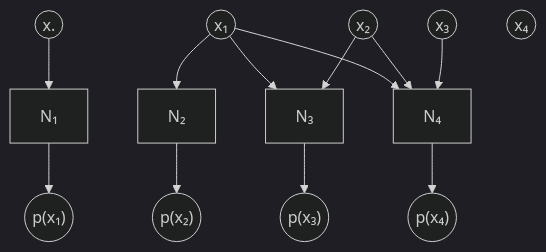
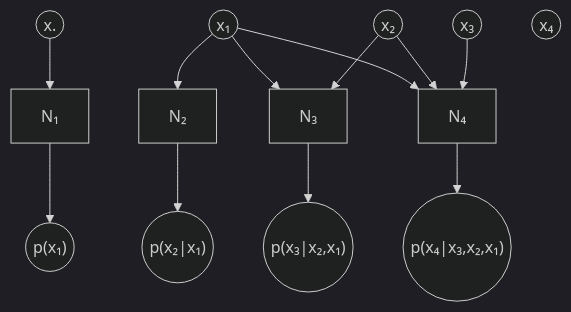
One commit to anilnairxyz/scrapbook changed the first of 2 diagrams in docs/Topic 1/2. Autoregressive models.md. Above: the diagram before and after it, drawn with Mermaid (dark theme). The commit also changed other lines of this file, not shown here.

````diff
--- a/docs/Topic 1/2. Autoregressive models.md
+++ b/docs/Topic 1/2. Autoregressive models.md
@@ -44,20 +44,20 @@
 ```mermaid
 graph TD
     %% Input Nodes
     x0((x.)) --> N1
     x1((x₁)) --> N2
     x1((x₁)) --> N3
     x1((x₁)) --> N4
     x2((x₂)) --> N3
     x2((x₂)) --> N4
     x3((x₃)) --> N4
 
     %% Process Blocks
     N1[N₁] --> y1(("p(x₁)"))
-    N2[N₂] --> y2(("p(x₂)"))
-    N3[N₃] --> y3(("p(x₃)"))
-    N4[N₄] --> y4(("p(x₄)"))
+    N2[N₂] --> y2(("p(x₂|x₁)"))
+    N3[N₃] --> y3(("p(x₃|x₂,x₁)"))
+    N4[N₄] --> y4(("p(x₄|x₃,x₂,x₁)"))
 
     %% Additional Inputs
     x4((x₄))
 ```
````
